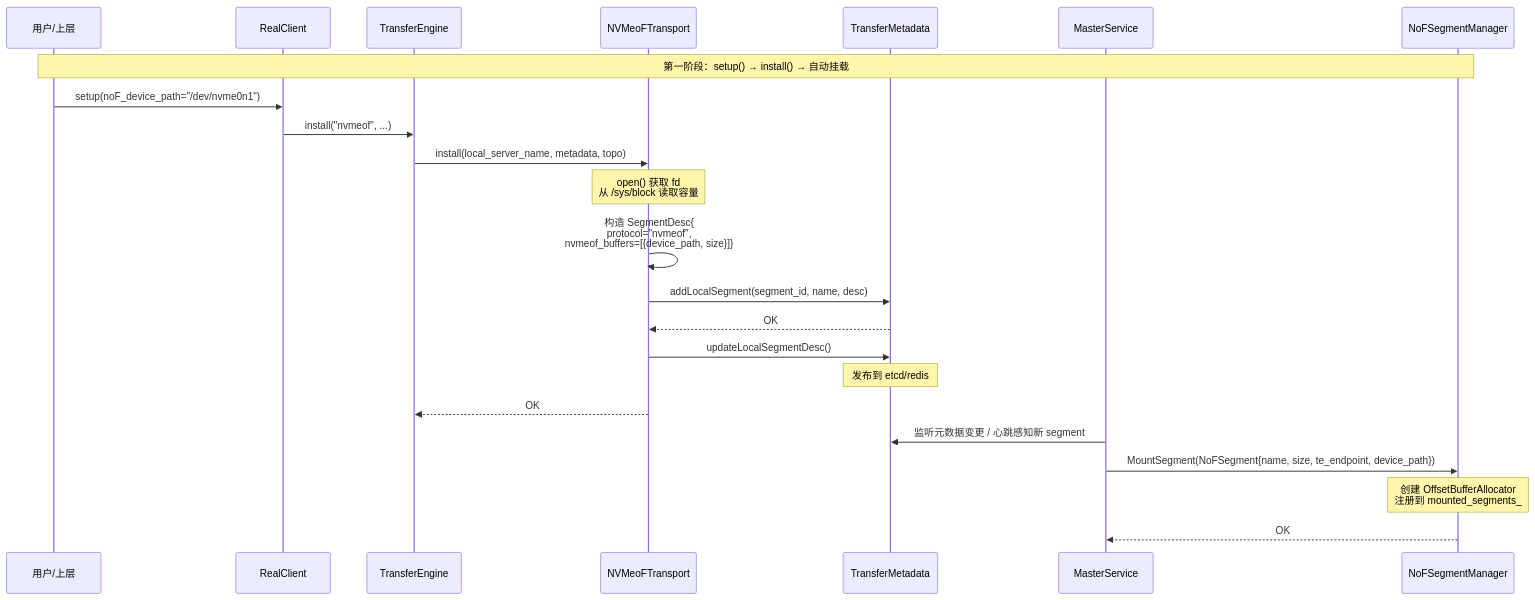
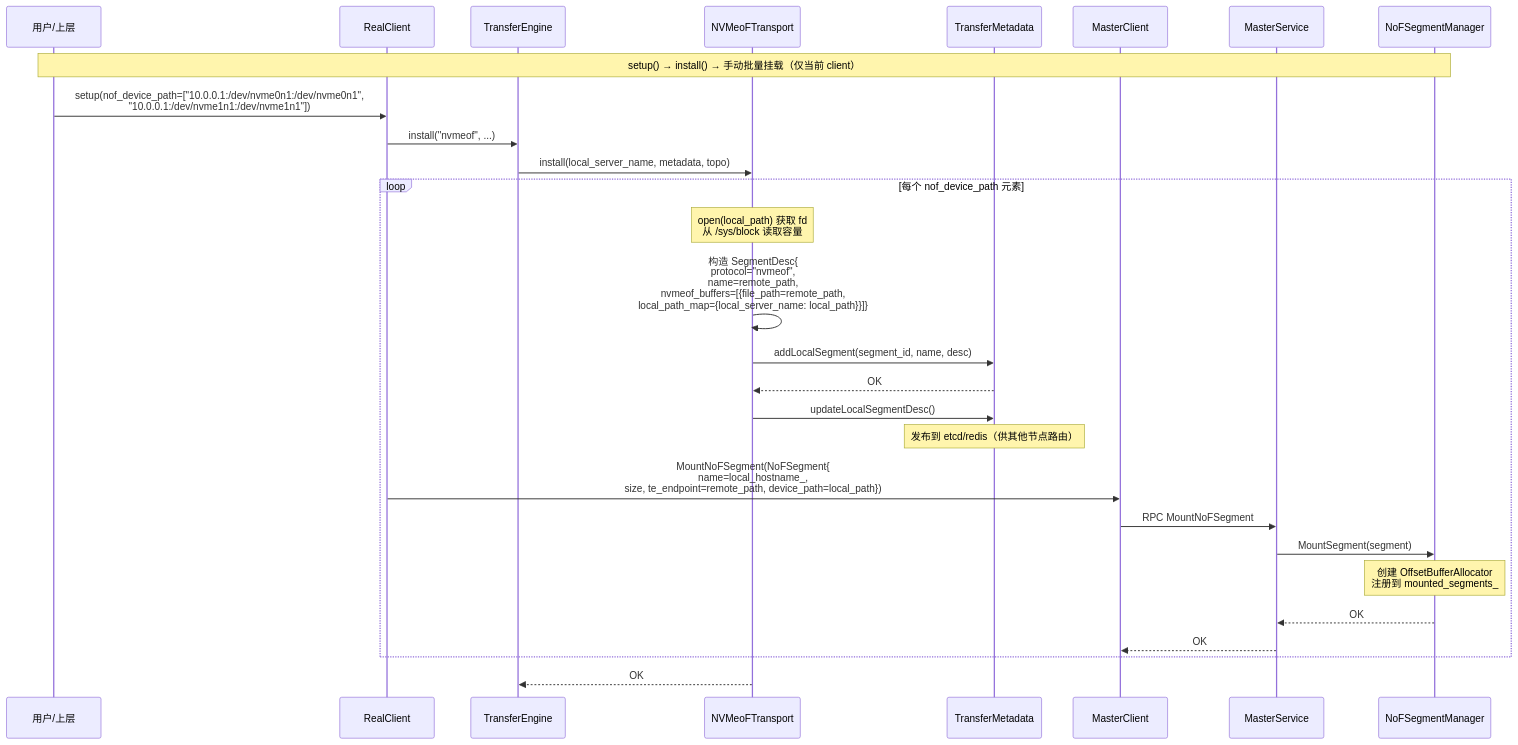
One commit to yz53665/Mooncake changed diagram 14 of 17 in docs/rfc-nds-nvmeof-transport-cn.md. Above: the diagram before and after it, drawn with Mermaid. The commit also changed other lines of this file, not shown here.

````diff
--- a/docs/rfc-nds-nvmeof-transport-cn.md
+++ b/docs/rfc-nds-nvmeof-transport-cn.md
@@ -614,27 +632,31 @@
 ```mermaid
 sequenceDiagram
     participant User as 用户/上层
     participant RC as RealClient
     participant TE as TransferEngine
     participant NVT as NVMeoFTransport
     participant TM as TransferMetadata
+    participant MC as MasterClient
     participant MS as MasterService
     participant NSM as NoFSegmentManager
 
-    Note over User,NSM: 第一阶段：setup() → install() → 自动挂载
-    User->>RC: setup(noF_device_path="/dev/nvme0n1")
+    Note over User,NSM: setup() → install() → 手动批量挂载（仅当前 client）
+    User->>RC: setup(nof_device_path=["10.0.0.1:/dev/nvme0n1:/dev/nvme0n1",<br/>  "10.0.0.1:/dev/nvme1n1:/dev/nvme1n1"])
     RC->>TE: install("nvmeof", ...)
     TE->>NVT: install(local_server_name, metadata, topo)
-    Note over NVT: open() 获取 fd<br/>从 /sys/block 读取容量
-    NVT->>NVT: 构造 SegmentDesc{<br/>  protocol="nvmeof",<br/>  nvmeof_buffers=[{device_path, size}]}
-    NVT->>TM: addLocalSegment(segment_id, name, desc)
-    TM-->>NVT: OK
-    NVT->>TM: updateLocalSegmentDesc()
-    Note over TM: 发布到 etcd/redis
+    loop 每个 nof_device_path 元素
+        Note over NVT: open(local_path) 获取 fd<br/>从 /sys/block 读取容量
+        NVT->>NVT: 构造 SegmentDesc{<br/>  protocol="nvmeof",<br/>  name=remote_path,<br/>  nvmeof_buffers=[{file_path=remote_path,<br/>    local_path_map={local_server_name: local_path}}]}
+        NVT->>TM: addLocalSegment(segment_id, name, desc)
+        TM-->>NVT: OK
+        NVT->>TM: updateLocalSegmentDesc()
+        Note over TM: 发布到 etcd/redis（供其他节点路由）
+        RC->>MC: MountNoFSegment(NoFSegment{<br/>  name=local_hostname_,<br/>  size, te_endpoint=remote_path, device_path=local_path})
+        MC->>MS: RPC MountNoFSegment
+        MS->>NSM: MountSegment(segment)
+        Note over NSM: 创建 OffsetBufferAllocator<br/>注册到 mounted_segments_
+        NSM-->>MS: OK
+        MS-->>MC: OK
+    end
     NVT-->>TE: OK
-
-    MS->>TM: 监听元数据变更 / 心跳感知新 segment
-    MS->>NSM: MountSegment(NoFSegment{name, size, te_endpoint, device_path})
-    Note over NSM: 创建 OffsetBufferAllocator<br/>注册到 mounted_segments_
-    NSM-->>MS: OK
 ```
````
